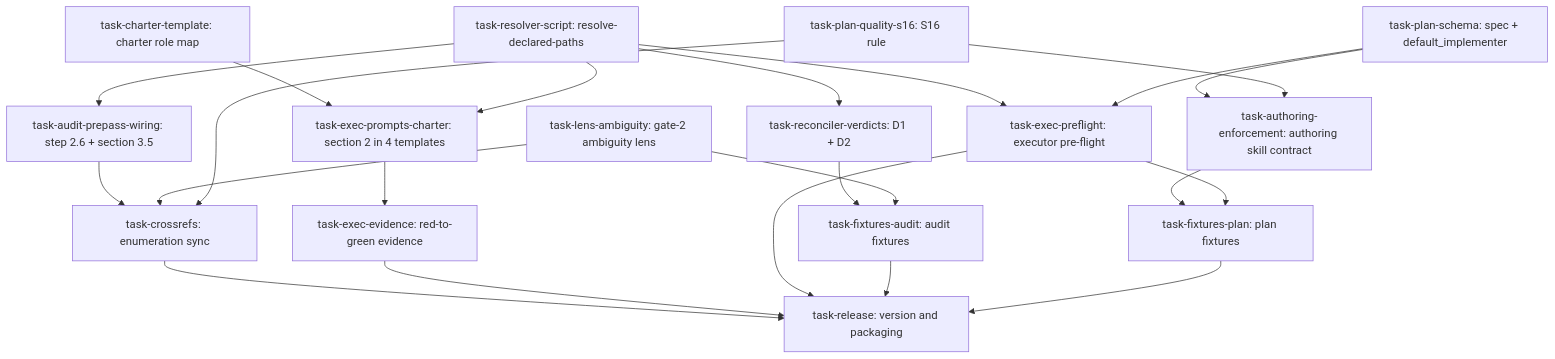
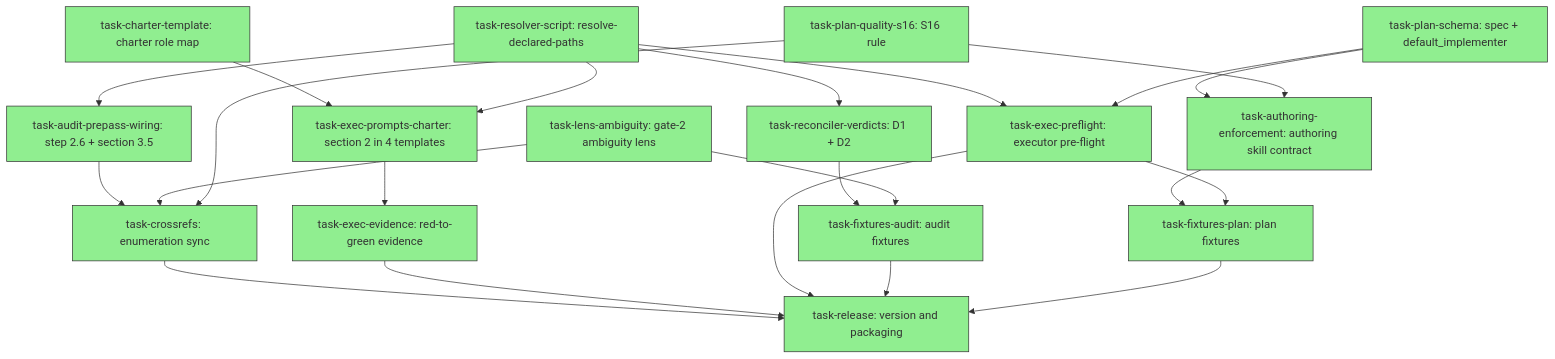
One commit to BrettNye/parallel-dag-execution changed the diagram in docs/superpowers/plans/2026-08-27-seams-and-ground-truth-dag.md. Above: the diagram before and after it, drawn with Mermaid. The commit also changed other lines of this file, not shown here.

Commit message:
exec: record final task statuses for the v0.6.0 DAG run (15/15 done)

````diff
--- a/docs/superpowers/plans/2026-08-27-seams-and-ground-truth-dag.md
+++ b/docs/superpowers/plans/2026-08-27-seams-and-ground-truth-dag.md
@@ -6,46 +6,64 @@
 ```mermaid
 flowchart TD
     task-charter-template["task-charter-template: charter role map"]
     task-resolver-script["task-resolver-script: resolve-declared-paths"]
     task-plan-schema["task-plan-schema: spec + default_implementer"]
     task-plan-quality-s16["task-plan-quality-s16: S16 rule"]
     task-lens-ambiguity["task-lens-ambiguity: gate-2 ambiguity lens"]
     task-audit-prepass-wiring["task-audit-prepass-wiring: step 2.6 + section 3.5"]
     task-reconciler-verdicts["task-reconciler-verdicts: D1 + D2"]
     task-exec-prompts-charter["task-exec-prompts-charter: section 2 in 4 templates"]
     task-exec-preflight["task-exec-preflight: executor pre-flight"]
     task-authoring-enforcement["task-authoring-enforcement: authoring skill contract"]
     task-exec-evidence["task-exec-evidence: red-to-green evidence"]
     task-crossrefs["task-crossrefs: enumeration sync"]
     task-fixtures-audit["task-fixtures-audit: audit fixtures"]
     task-fixtures-plan["task-fixtures-plan: plan fixtures"]
     task-release["task-release: version and packaging"]
 
     task-resolver-script --> task-audit-prepass-wiring
     task-resolver-script --> task-reconciler-verdicts
     task-charter-template --> task-exec-prompts-charter
     task-resolver-script --> task-exec-prompts-charter
     task-resolver-script --> task-exec-preflight
     task-plan-schema --> task-exec-preflight
     task-plan-schema --> task-authoring-enforcement
     task-plan-quality-s16 --> task-authoring-enforcement
     task-exec-prompts-charter --> task-exec-evidence
     task-audit-prepass-wiring --> task-crossrefs
     task-lens-ambiguity --> task-crossrefs
     task-plan-quality-s16 --> task-crossrefs
     task-reconciler-verdicts --> task-fixtures-audit
     task-lens-ambiguity --> task-fixtures-audit
     task-authoring-enforcement --> task-fixtures-plan
     task-exec-preflight --> task-fixtures-plan
     task-crossrefs --> task-release
     task-exec-evidence --> task-release
     task-exec-preflight --> task-release
     task-fixtures-audit --> task-release
     task-fixtures-plan --> task-release
 
+    class task-plan-quality-s16 pending
+
+    class task-audit-prepass-wiring done
+    class task-plan-quality-s16 done
+    class task-plan-schema done
+    class task-exec-prompts-charter done
+    class task-release done
+    class task-lens-ambiguity done
+    class task-crossrefs done
+    class task-fixtures-plan done
+    class task-fixtures-audit done
+    class task-exec-preflight done
+    class task-charter-template done
+    class task-authoring-enforcement done
+    class task-reconciler-verdicts done
+    class task-exec-evidence done
+    class task-resolver-script done
+
     classDef done fill:#90ee90,stroke:#333
     classDef ready fill:#fffacd,stroke:#333
     classDef running fill:#87ceeb,stroke:#333
     classDef failed fill:#ffb6c1,stroke:#333
     classDef skipped fill:#d3d3d3,stroke:#333,stroke-dasharray: 5 5
 ```
````
